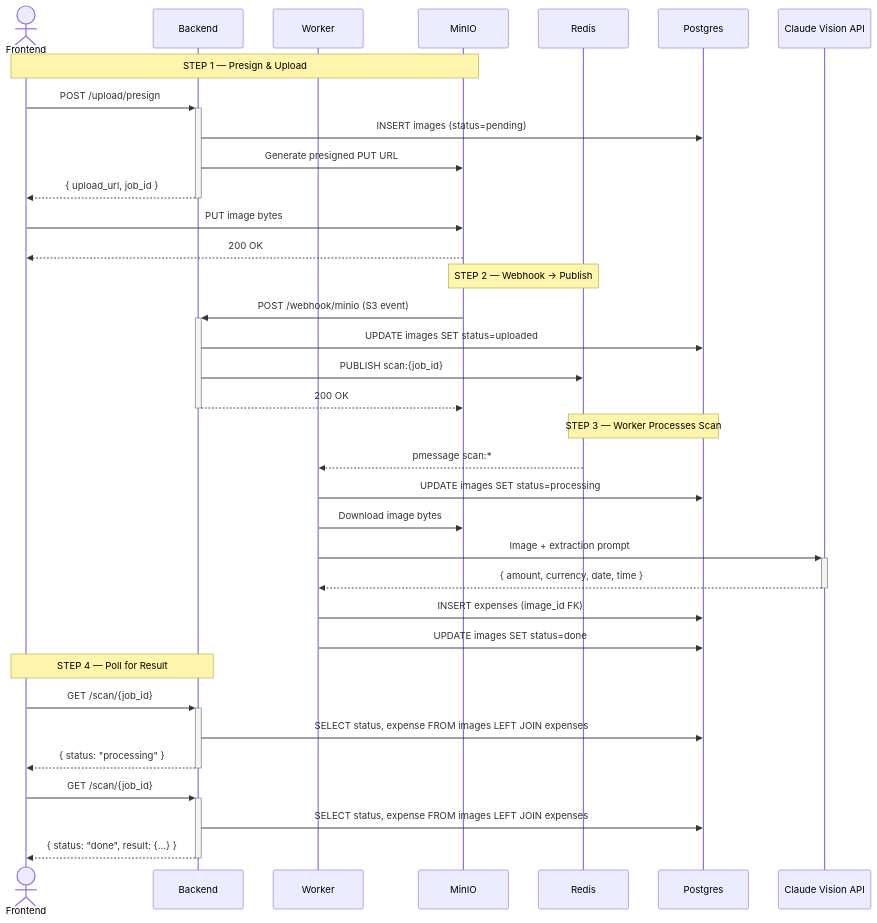
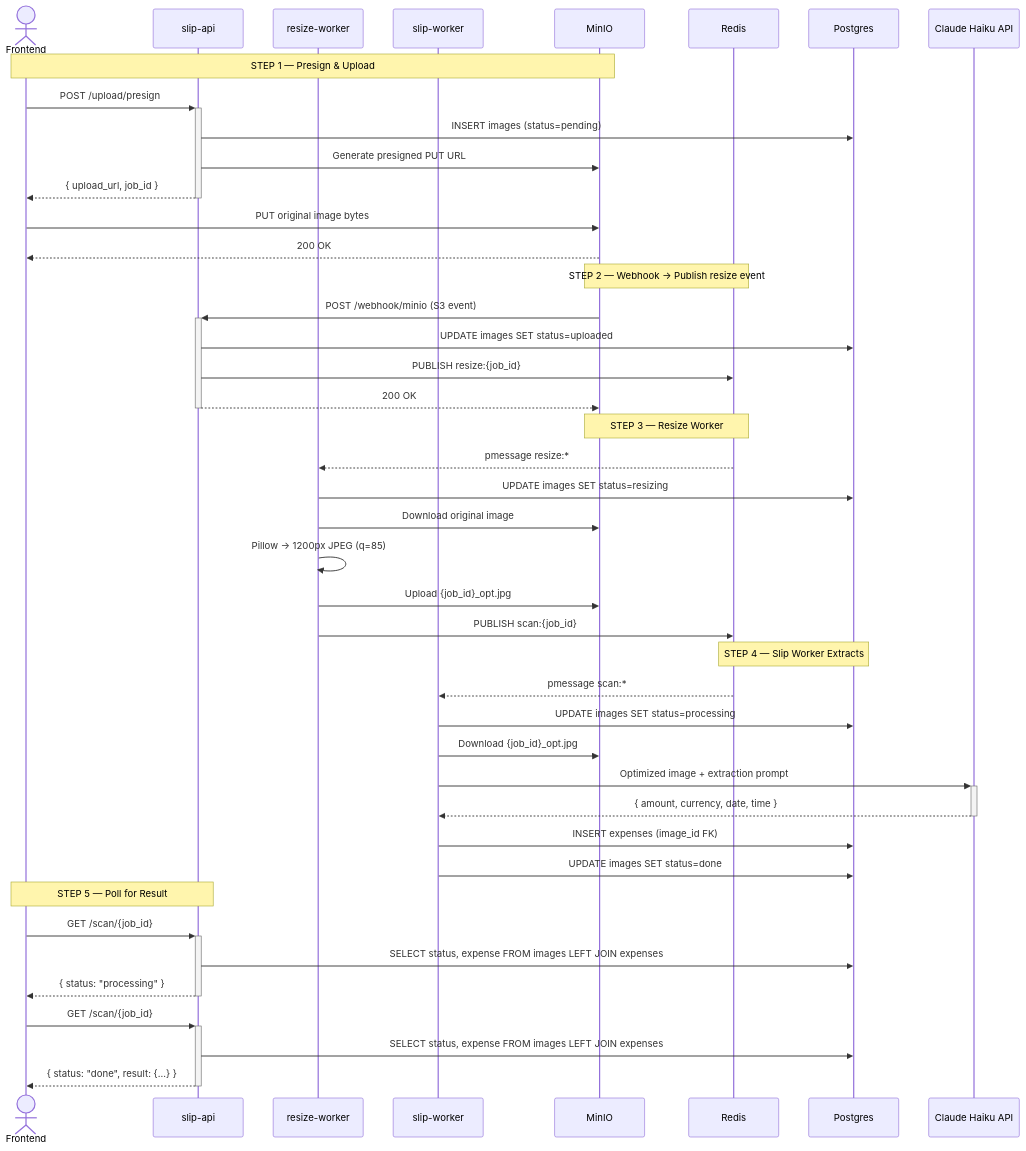
One commit to monkey-mode/woofjot changed the diagram in CLAUDE.md. Above: the diagram before and after it, drawn with Mermaid. The commit also changed other lines of this file, not shown here.

Commit message:
docs: update CLAUDE.md for microservice architecture

````diff
--- a/CLAUDE.md
+++ b/CLAUDE.md
@@ -12,41 +12,50 @@
 ```mermaid
 sequenceDiagram
     actor Frontend
-    participant Backend
-    participant Worker
+    participant SlipAPI as slip-api
+    participant ResizeWorker as resize-worker
+    participant SlipWorker as slip-worker
     participant MinIO
     participant Redis
     participant Postgres
-    participant Claude as Claude Vision API
+    participant Claude as Claude Haiku API
 
     Note over Frontend,MinIO: STEP 1 — Presign & Upload
-    Frontend->>+Backend: POST /upload/presign
-    Backend->>Postgres: INSERT images (status=pending)
-    Backend->>MinIO: Generate presigned PUT URL
-    Backend-->>-Frontend: { upload_url, job_id }
-    Frontend->>MinIO: PUT image bytes
+    Frontend->>+SlipAPI: POST /upload/presign
+    SlipAPI->>Postgres: INSERT images (status=pending)
+    SlipAPI->>MinIO: Generate presigned PUT URL
+    SlipAPI-->>-Frontend: { upload_url, job_id }
+    Frontend->>MinIO: PUT original image bytes
     MinIO-->>Frontend: 200 OK
 
-    Note over MinIO,Redis: STEP 2 — Webhook → Publish
-    MinIO->>+Backend: POST /webhook/minio (S3 event)
-    Backend->>Postgres: UPDATE images SET status=uploaded
-    Backend->>Redis: PUBLISH scan:{job_id}
-    Backend-->>-MinIO: 200 OK
+    Note over MinIO,Redis: STEP 2 — Webhook → Publish resize event
+    MinIO->>+SlipAPI: POST /webhook/minio (S3 event)
+    SlipAPI->>Postgres: UPDATE images SET status=uploaded
+    SlipAPI->>Redis: PUBLISH resize:{job_id}
+    SlipAPI-->>-MinIO: 200 OK
 
-    Note over Redis,Postgres: STEP 3 — Worker Processes Scan
-    Redis-->>Worker: pmessage scan:*
-    Worker->>Postgres: UPDATE images SET status=processing
-    Worker->>MinIO: Download image bytes
-    Worker->>+Claude: Image + extraction prompt
-    Claude-->>-Worker: { amount, currency, date, time }
-    Worker->>Postgres: INSERT expenses (image_id FK)
-    Worker->>Postgres: UPDATE images SET status=done
+    Note over Redis,MinIO: STEP 3 — Resize Worker
+    Redis-->>ResizeWorker: pmessage resize:*
+    ResizeWorker->>Postgres: UPDATE images SET status=resizing
+    ResizeWorker->>MinIO: Download original image
+    ResizeWorker->>ResizeWorker: Pillow → 1200px JPEG (q=85)
+    ResizeWorker->>MinIO: Upload {job_id}_opt.jpg
+    ResizeWorker->>Redis: PUBLISH scan:{job_id}
 
-    Note over Frontend,Backend: STEP 4 — Poll for Result
-    Frontend->>+Backend: GET /scan/{job_id}
-    Backend->>Postgres: SELECT status, expense FROM images LEFT JOIN expenses
-    Backend-->>-Frontend: { status: "processing" }
-    Frontend->>+Backend: GET /scan/{job_id}
-    Backend->>Postgres: SELECT status, expense FROM images LEFT JOIN expenses
-    Backend-->>-Frontend: { status: "done", result: {...} }
+    Note over Redis,Postgres: STEP 4 — Slip Worker Extracts
+    Redis-->>SlipWorker: pmessage scan:*
+    SlipWorker->>Postgres: UPDATE images SET status=processing
+    SlipWorker->>MinIO: Download {job_id}_opt.jpg
+    SlipWorker->>+Claude: Optimized image + extraction prompt
+    Claude-->>-SlipWorker: { amount, currency, date, time }
+    SlipWorker->>Postgres: INSERT expenses (image_id FK)
+    SlipWorker->>Postgres: UPDATE images SET status=done
+
+    Note over Frontend,SlipAPI: STEP 5 — Poll for Result
+    Frontend->>+SlipAPI: GET /scan/{job_id}
+    SlipAPI->>Postgres: SELECT status, expense FROM images LEFT JOIN expenses
+    SlipAPI-->>-Frontend: { status: "processing" }
+    Frontend->>+SlipAPI: GET /scan/{job_id}
+    SlipAPI->>Postgres: SELECT status, expense FROM images LEFT JOIN expenses
+    SlipAPI-->>-Frontend: { status: "done", result: {...} }
 ```
````
